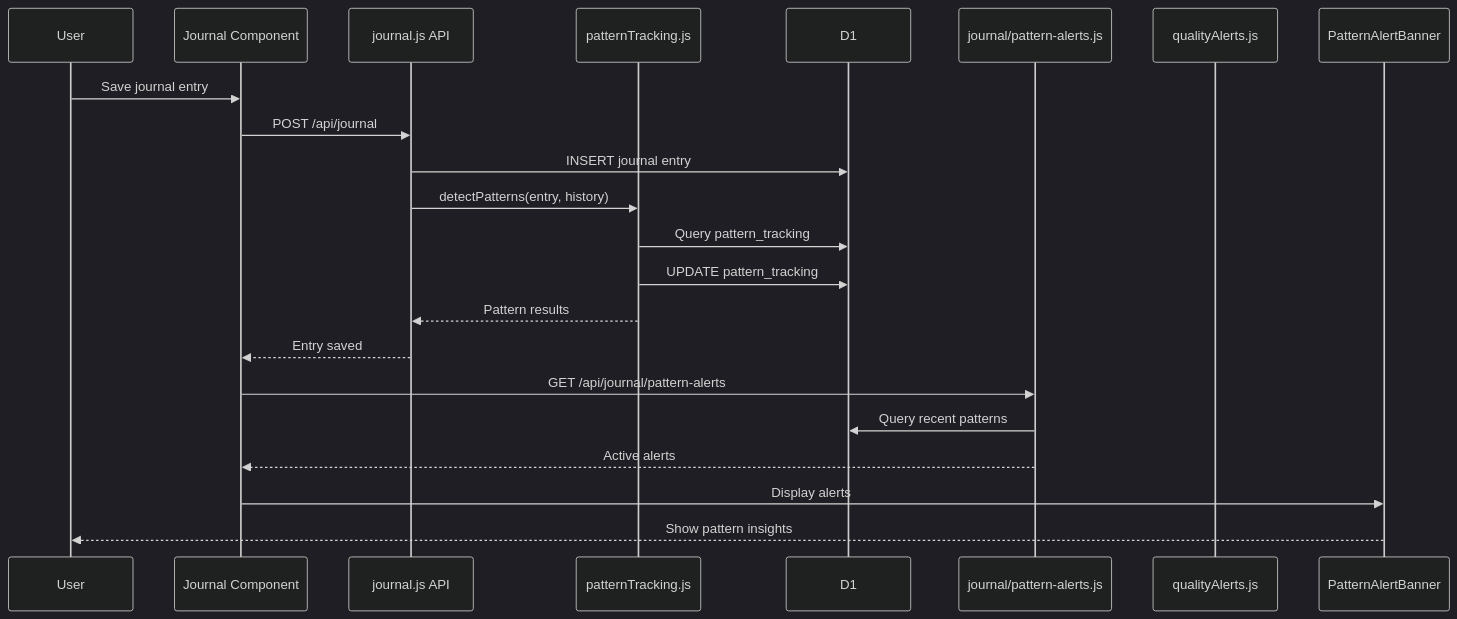
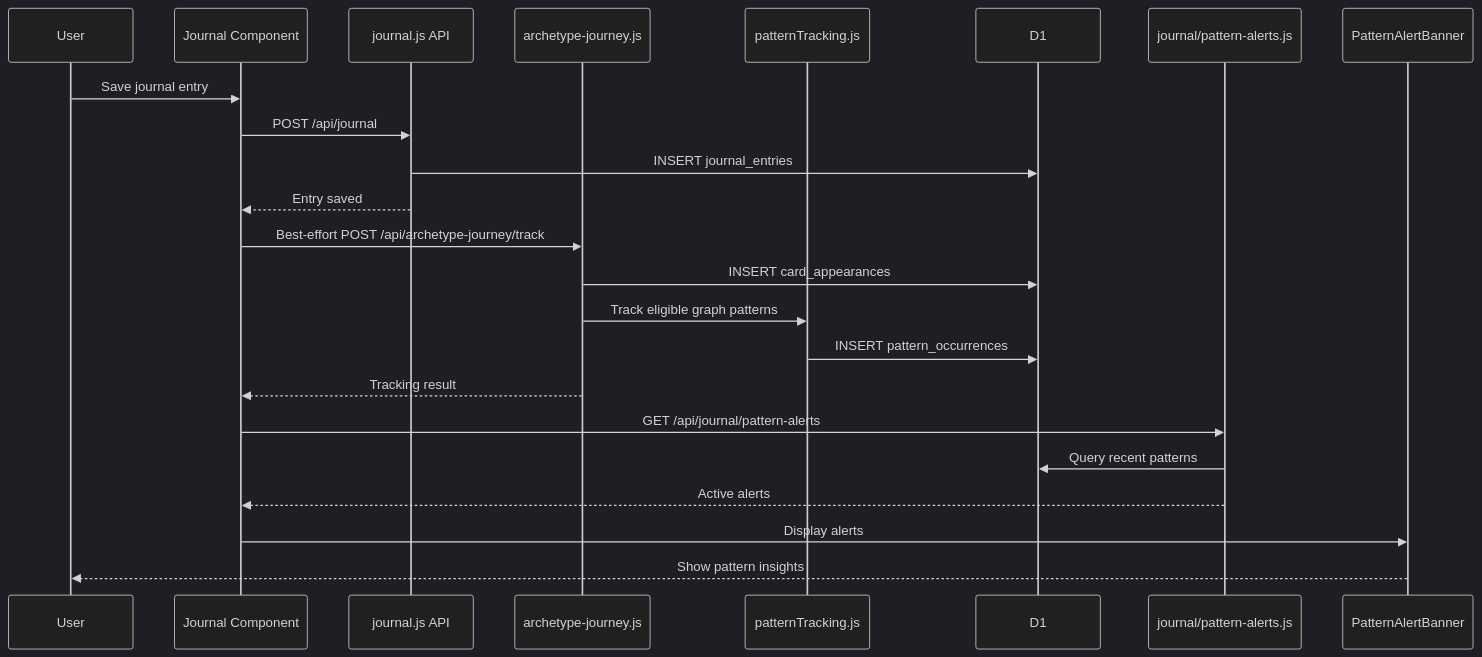
Before and after one commit to henryperkins/tarot: diagram 13 of 17 in docs/architecture/full-system-diagrams.md, drawn with Mermaid (dark theme). The commit also changed other lines of this file and 54 other files, not shown here.

````diff
--- a/docs/architecture/full-system-diagrams.md
+++ b/docs/architecture/full-system-diagrams.md
@@ -618,26 +640,27 @@
 ```mermaid
 sequenceDiagram
     participant User
     participant JournalComp as Journal Component
     participant JournalAPI as journal.js API
+    participant JourneyAPI as archetype-journey.js
     participant PatternTracking as patternTracking.js
-    participant D1
+    participant D1 as D1
     participant PatternAlerts as journal/pattern-alerts.js
-    participant QualityAlerts as qualityAlerts.js
     participant PatternBanner as PatternAlertBanner
 
     User->>JournalComp: Save journal entry
     JournalComp->>JournalAPI: POST /api/journal
-    JournalAPI->>D1: INSERT journal entry
-    JournalAPI->>PatternTracking: detectPatterns(entry, history)
-    PatternTracking->>D1: Query pattern_tracking
-    PatternTracking->>D1: UPDATE pattern_tracking
-    PatternTracking-->>JournalAPI: Pattern results
+    JournalAPI->>D1: INSERT journal_entries
     JournalAPI-->>JournalComp: Entry saved
+    JournalComp->>JourneyAPI: Best-effort POST /api/archetype-journey/track
+    JourneyAPI->>D1: INSERT card_appearances
+    JourneyAPI->>PatternTracking: Track eligible graph patterns
+    PatternTracking->>D1: INSERT pattern_occurrences
+    JourneyAPI-->>JournalComp: Tracking result
 
     JournalComp->>PatternAlerts: GET /api/journal/pattern-alerts
     PatternAlerts->>D1: Query recent patterns
     PatternAlerts-->>JournalComp: Active alerts
     JournalComp->>PatternBanner: Display alerts
     PatternBanner-->>User: Show pattern insights
 ```
````
